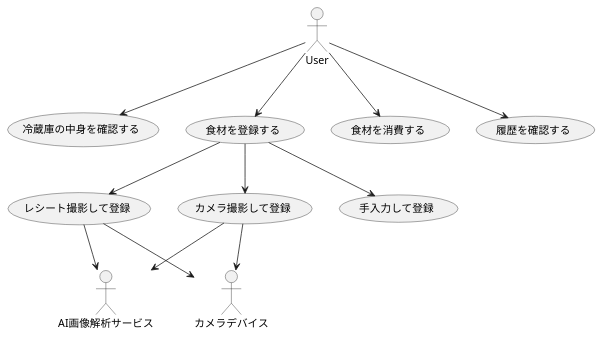
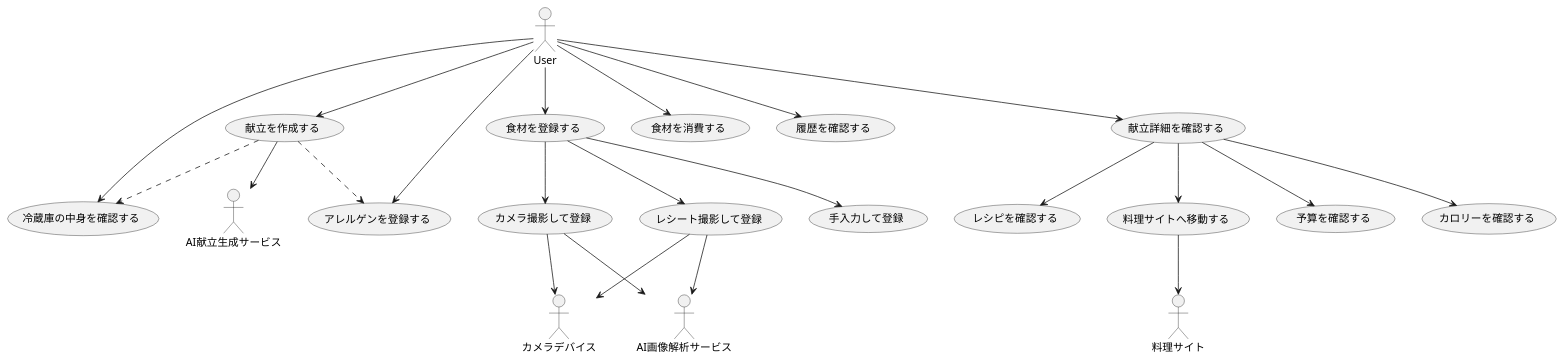
Before and after one commit to to-matsui0505/IntegratedMealPlanning: the second of 2 diagrams in CopilotInstructions/ApplicationBasicDesign.md, drawn with PlantUML. The commit also changed other lines of this file, not shown here.

````diff
--- a/CopilotInstructions/ApplicationBasicDesign.md
+++ b/CopilotInstructions/ApplicationBasicDesign.md
@@ -118,19 +202,35 @@
 ```plantuml
     actor User
     actor AI as "AI画像解析サービス"
     actor Camera as "カメラデバイス"
+    actor MealPlanAI as "AI献立生成サービス"
+    actor RecipeSite as "料理サイト"
 
     User --> (冷蔵庫の中身を確認する)
     User --> (食材を登録する)
     User --> (食材を消費する)
     User --> (履歴を確認する)
+    User --> (献立を作成する)
+    User --> (献立詳細を確認する)
+    User --> (アレルゲンを登録する)
 
     (食材を登録する) --> (カメラ撮影して登録)
     (食材を登録する) --> (レシート撮影して登録)
     (食材を登録する) --> (手入力して登録)
 
     (カメラ撮影して登録) --> Camera
     (レシート撮影して登録) --> Camera
     (カメラ撮影して登録) --> AI
     (レシート撮影して登録) --> AI
+
+    (献立を作成する) --> MealPlanAI
+    (献立を作成する) ..> (冷蔵庫の中身を確認する)
+    (献立を作成する) ..> (アレルゲンを登録する)
+
+    (献立詳細を確認する) --> (予算を確認する)
+    (献立詳細を確認する) --> (カロリーを確認する)
+    (献立詳細を確認する) --> (レシピを確認する)
+    (献立詳細を確認する) --> (料理サイトへ移動する)
+
+    (料理サイトへ移動する) --> RecipeSite
 ```
````
